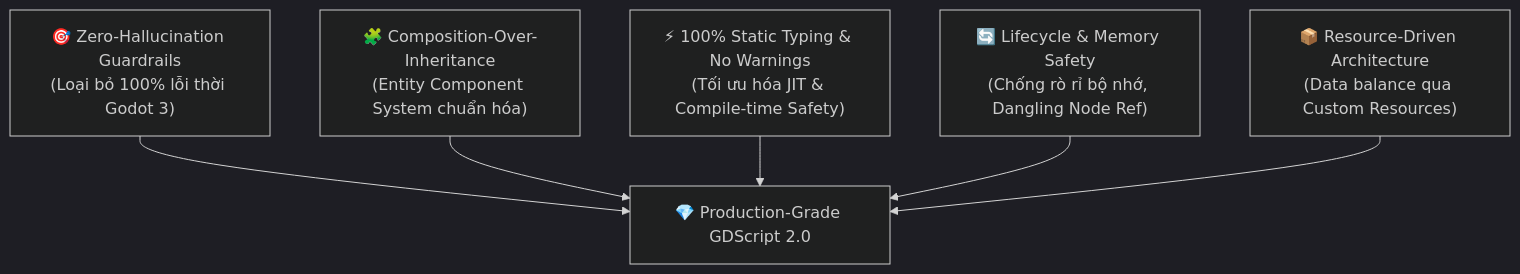
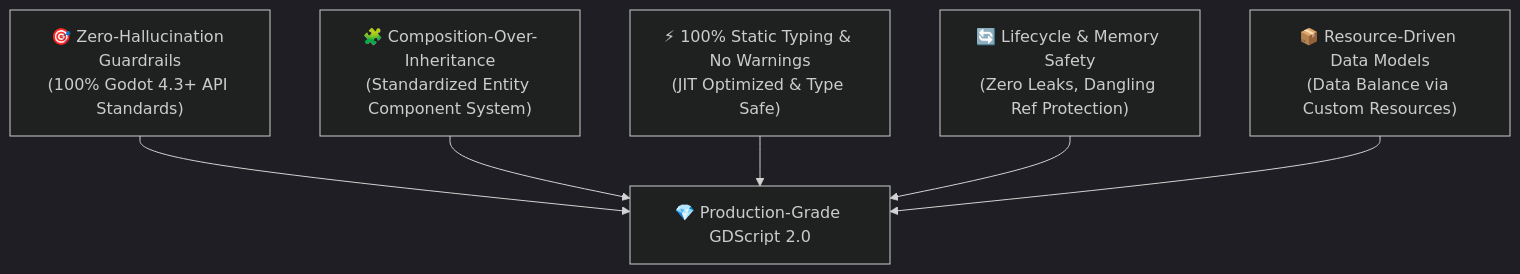
Before and after one commit to clayxmen/godot-skills: the first of 2 diagrams in README.md, drawn with Mermaid (dark theme). The commit also changed other lines of this file and 2 other files, not shown here.

````diff
--- a/README.md
+++ b/README.md
@@ -42,8 +46,8 @@
 ```mermaid
 flowchart TD
-    A["🎯 Zero-Hallucination Guardrails\n(Loại bỏ 100% lỗi thời Godot 3)"] --> E["💎 Production-Grade GDScript 2.0"]
-    B["🧩 Composition-Over-Inheritance\n(Entity Component System chuẩn hóa)"] --> E
-    C["⚡ 100% Static Typing & No Warnings\n(Tối ưu hóa JIT & Compile-time Safety)"] --> E
-    D["🔄 Lifecycle & Memory Safety\n(Chống rò rỉ bộ nhớ, Dangling Node Ref)"] --> E
-    F["📦 Resource-Driven Architecture\n(Data balance qua Custom Resources)"] --> E
+    A["🎯 Zero-Hallucination Guardrails\n(100% Godot 4.3+ API Standards)"] --> E["💎 Production-Grade GDScript 2.0"]
+    B["🧩 Composition-Over-Inheritance\n(Standardized Entity Component System)"] --> E
+    C["⚡ 100% Static Typing & No Warnings\n(JIT Optimized & Type Safe)"] --> E
+    D["🔄 Lifecycle & Memory Safety\n(Zero Leaks, Dangling Ref Protection)"] --> E
+    F["📦 Resource-Driven Data Models\n(Data Balance via Custom Resources)"] --> E
 ```
````
